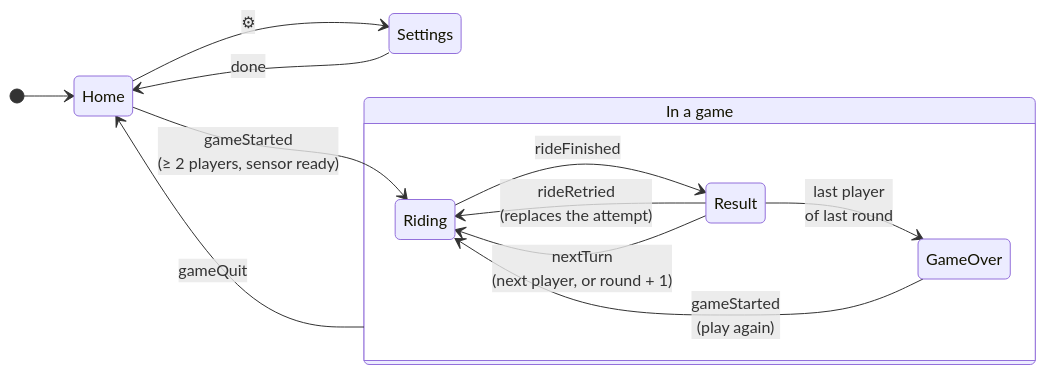
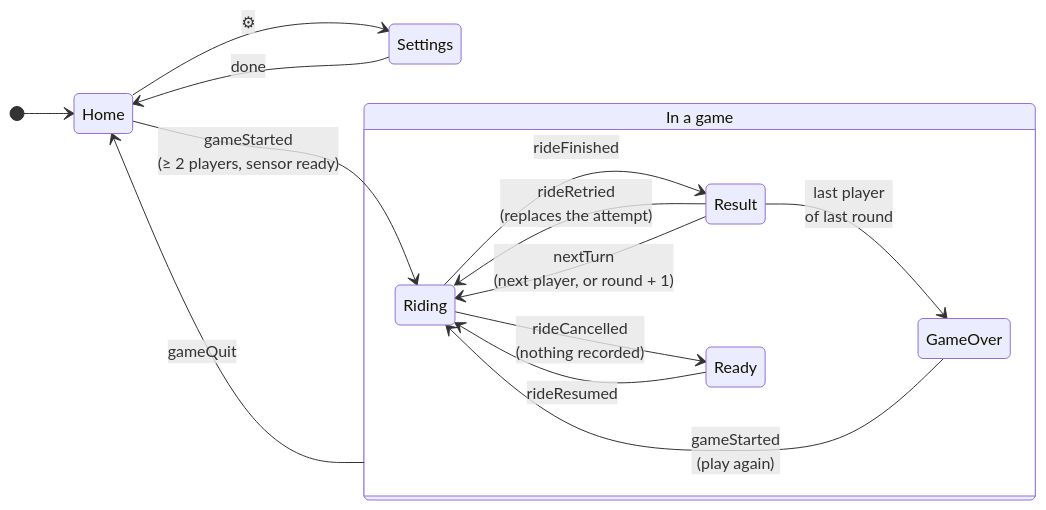
One commit to enavarro222/sonne_la_cloche changed the fifth of 10 diagrams in docs/architecture.md. Above: the diagram before and after it, drawn with Mermaid. The commit also changed other lines of this file and 27 other files, not shown here.

````diff
--- a/docs/architecture.md
+++ b/docs/architecture.md
@@ -207,18 +207,20 @@
 ```mermaid
 stateDiagram-v2
     direction LR
     [*] --> Home
     Home --> Settings : ⚙
     Settings --> Home : done
     Home --> Riding : gameStarted<br/>(≥ 2 players, sensor ready)
 
     state "In a game" as inGame {
         Riding --> Result : rideFinished
         Result --> Riding : rideRetried<br/>(replaces the attempt)
+        Riding --> Ready : rideCancelled<br/>(nothing recorded)
+        Ready --> Riding : rideResumed
         Result --> Riding : nextTurn<br/>(next player, or round + 1)
         Result --> GameOver : last player<br/>of last round
     }
 
     GameOver --> Riding : gameStarted<br/>(play again)
     inGame --> Home : gameQuit
 ```
````
